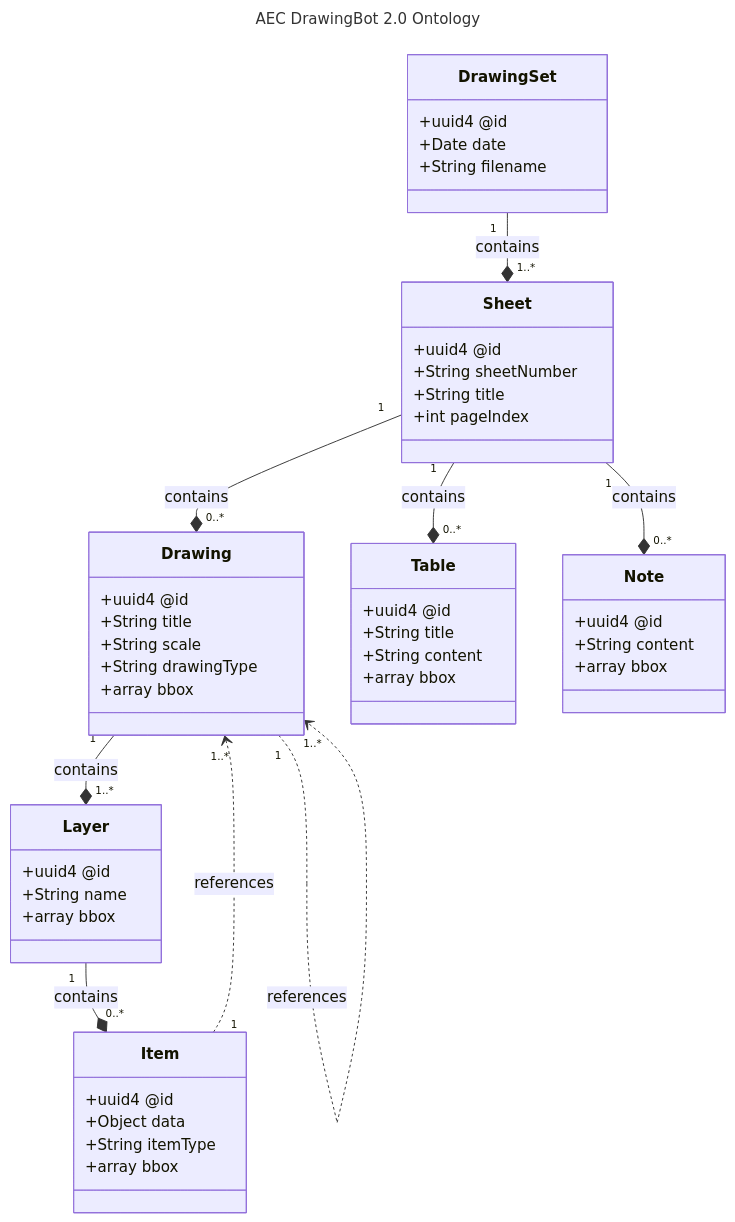
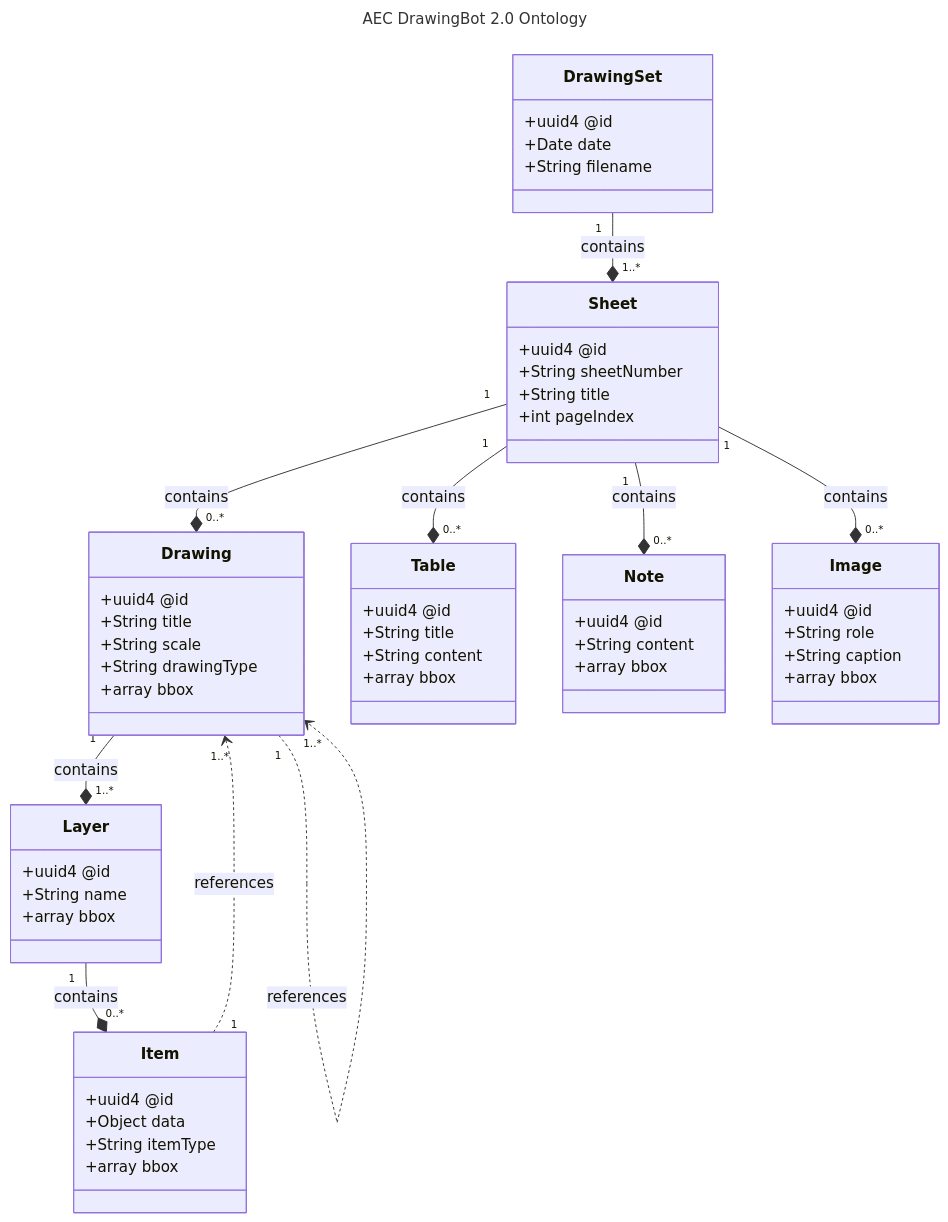
Before and after one commit to jeff-carmichael/aecdo: the diagram in README.md, drawn with Mermaid. The commit also changed other lines of this file and 10 other files, not shown here.

````diff
--- a/README.md
+++ b/README.md
@@ -133,59 +133,66 @@
 ```mermaid
 ---
 title: AEC DrawingBot 2.0 Ontology
 ---
 
 classDiagram
     class DrawingSet {
 		    +uuid4 @id
         +Date date
         +String filename
     }
     class Sheet {
 		    +uuid4 @id
         +String sheetNumber
         +String title
         +int pageIndex
     }
     class Drawing {
 		    +uuid4 @id
         +String title
         +String scale
         +String drawingType
         +array bbox
     }
     class Layer {
 		    +uuid4 @id
         +String name
         +array bbox
     }
     class Item {
 		    +uuid4 @id
 		    +Object data
 		    +String itemType
 		    +array bbox
     }
     class Table {
 		    +uuid4 @id
         +String title
         +String content
         +array bbox
     }
     class Note {
 		    +uuid4 @id
         +String content
         +array bbox
     }
+    class Image {
+		    +uuid4 @id
+        +String role
+        +String caption
+        +array bbox
+    }
 
 		%% Structure Relationships
     DrawingSet "1" --* "1..*" Sheet : contains
     Sheet "1" --* "0..*" Drawing : contains
     Sheet "1" --* "0..*" Table : contains
     Sheet "1" --* "0..*" Note : contains
+    Sheet "1" --* "0..*" Image : contains
     Drawing "1" --* "1..*" Layer : contains
     Layer "1" --* "0..*" Item : contains
 
     %% The Reference Relationships
     Item "1" ..> "1..*" Drawing : references
     Drawing "1" ..> "1..*"  Drawing : references
 ```
````
